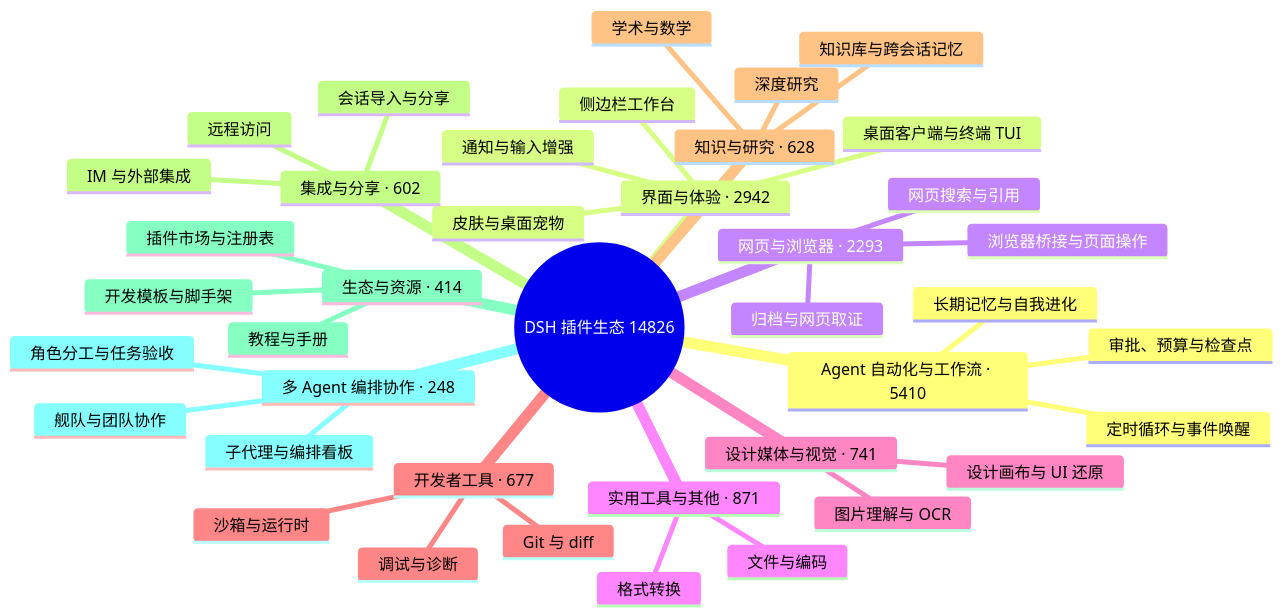
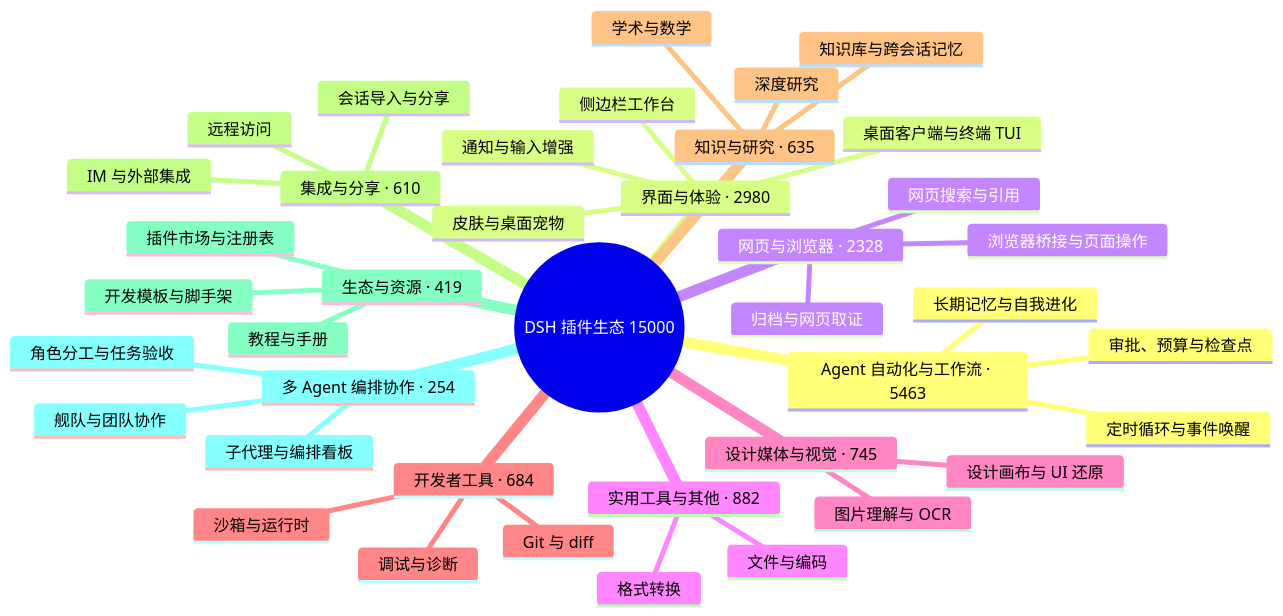
Before and after one commit to bruc3van/awesome-dsh-plugin: the diagram in README.md, drawn with Mermaid. The commit also changed other lines of this file and 22 other files, not shown here.

````diff
--- a/README.md
+++ b/README.md
@@ -16,43 +16,43 @@
 ```mermaid
 mindmap
-  root((DSH 插件生态 14826))
-    Agent 自动化与工作流 · 5410
+  root((DSH 插件生态 15000))
+    Agent 自动化与工作流 · 5463
       定时循环与事件唤醒
       长期记忆与自我进化
       审批、预算与检查点
-    界面与体验 · 2942
+    界面与体验 · 2980
       桌面客户端与终端 TUI
       侧边栏工作台
       皮肤与桌面宠物
       通知与输入增强
-    网页与浏览器 · 2293
+    网页与浏览器 · 2328
       浏览器桥接与页面操作
       网页搜索与引用
       归档与网页取证
-    实用工具与其他 · 871
+    实用工具与其他 · 882
       文件与编码
       格式转换
-    设计媒体与视觉 · 741
+    设计媒体与视觉 · 745
       图片理解与 OCR
       设计画布与 UI 还原
-    开发者工具 · 677
+    开发者工具 · 684
       Git 与 diff
       沙箱与运行时
       调试与诊断
-    知识与研究 · 628
+    知识与研究 · 635
       知识库与跨会话记忆
       深度研究
       学术与数学
-    集成与分享 · 602
+    集成与分享 · 610
       会话导入与分享
       远程访问
       IM 与外部集成
-    生态与资源 · 414
+    生态与资源 · 419
       插件市场与注册表
       开发模板与脚手架
       教程与手册
-    多 Agent 编排协作 · 248
+    多 Agent 编排协作 · 254
       子代理与编排看板
       舰队与团队协作
       角色分工与任务验收
 ```
````
